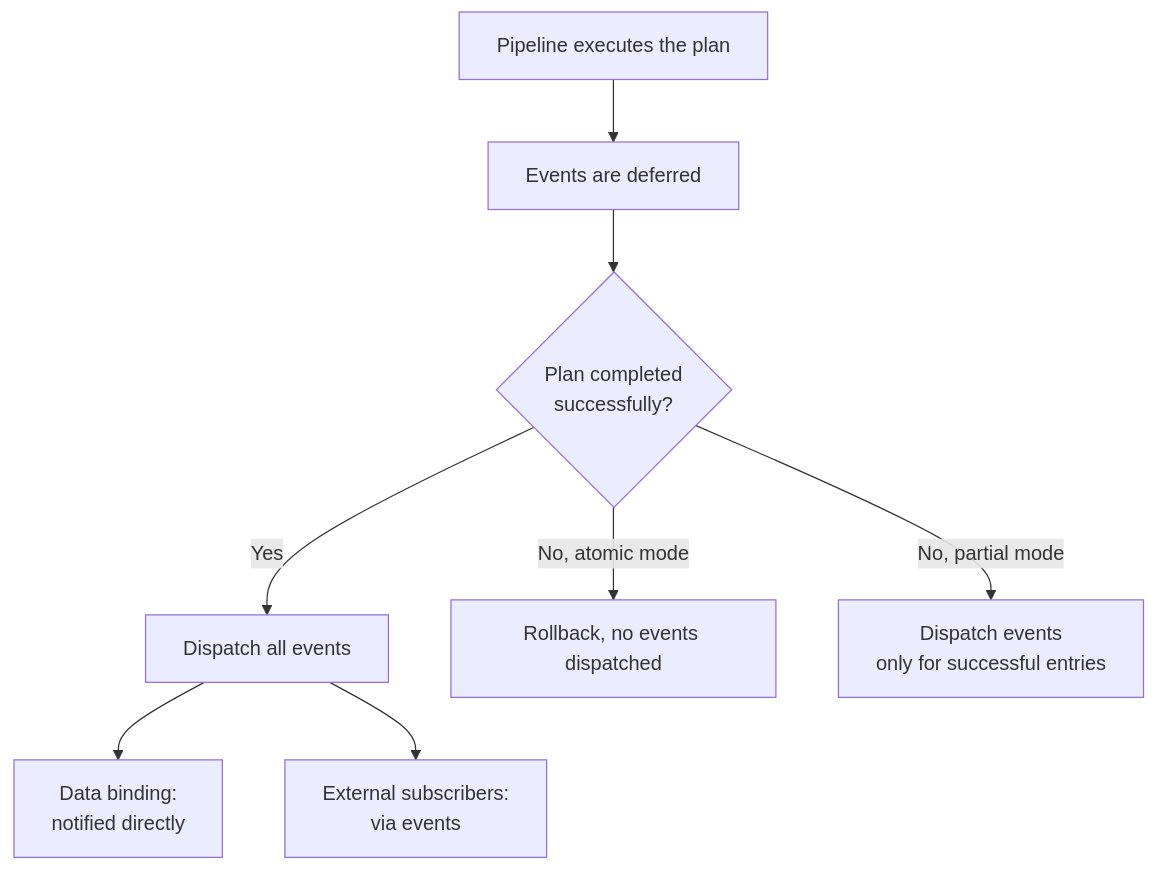
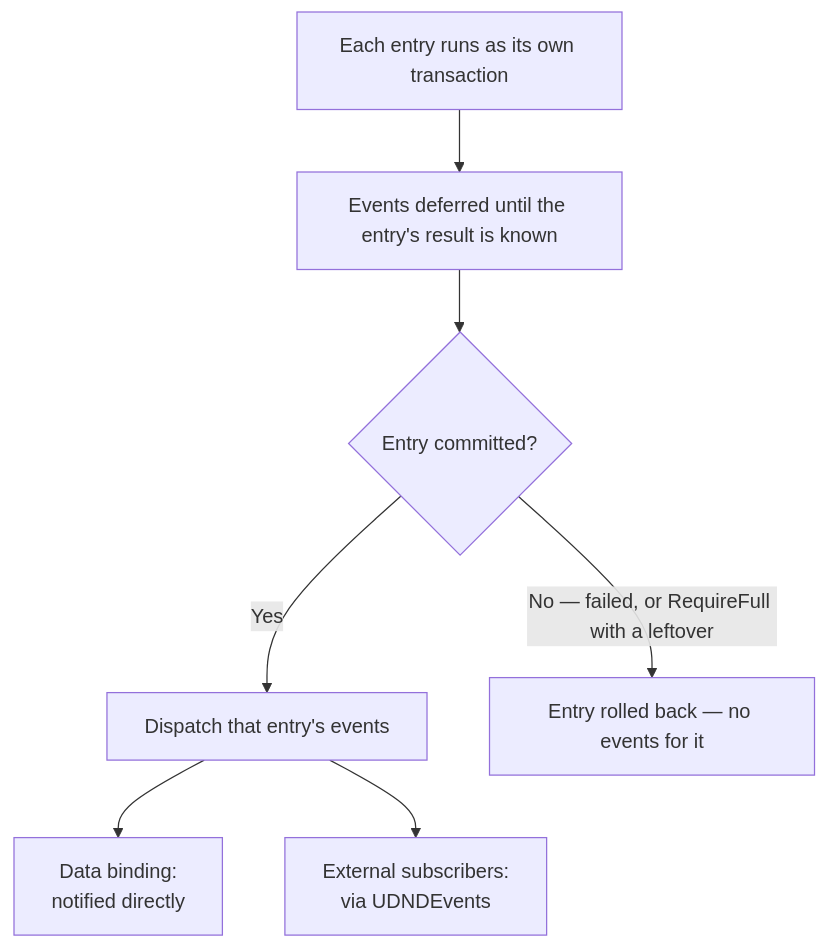
The second of 2 diagrams in .docs/content/reference/events.en.md (SergeevSergey99/DragAndDropSystem-Docs), drawn with Mermaid before and after one commit. The commit also changed other lines of this file and 2 other files, not shown here.

Commit message:
еще правки доков

````diff
--- a/.docs/content/reference/events.en.md
+++ b/.docs/content/reference/events.en.md
@@ -134,11 +136,10 @@
 ```mermaid
 flowchart TB
-    PLAN["Pipeline executes the plan"] --> DEFER["Events are deferred"]
-    DEFER --> OK{"Plan completed\nsuccessfully?"}
-    OK -->|"Yes"| SEND["Dispatch all events"]
-    OK -->|"No, atomic mode"| ROLL["Rollback, no events dispatched"]
-    OK -->|"No, partial mode"| PART["Dispatch events\nonly for successful entries"]
+    ENTRY["Each entry runs as its own transaction"] --> DEFER["Events deferred until the entry's result is known"]
+    DEFER --> OK{"Entry committed?"}
+    OK -->|"Yes"| SEND["Dispatch that entry's events"]
+    OK -->|"No — failed, or RequireFull with a leftover"| ROLL["Entry rolled back — no events for it"]
 
     SEND --> DB["Data binding:\nnotified directly"]
-    SEND --> EXT["External subscribers:\nvia events"]
+    SEND --> EXT["External subscribers:\nvia UDNDEvents"]
 ```
````
